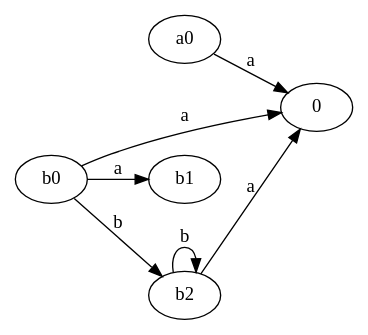
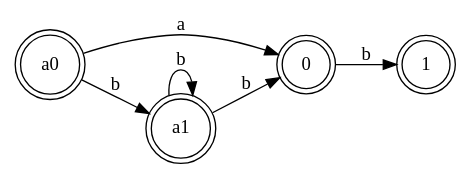
Before and after one commit to rsmith1220/Lab_B: the diagram in process.gv, drawn with Graphviz. The commit also changed 3 other files, not shown here.

```diff
--- a/process.gv
+++ b/process.gv
@@ -1,9 +1,9 @@
 digraph finite_state_machine {
 	rankdir=LR size="8,5"
+	node [shape=doublecircle]
 	a0 -> 0 [label=a]
-	b0 -> b1 [label=a]
-	b0 -> b2 [label=b]
-	b2 -> b2 [label=b]
-	b0 -> 0 [label=a]
-	b2 -> 0 [label=a]
+	0 -> 1 [label=b]
+	a0 -> a1 [label=b]
+	a1 -> a1 [label=b]
+	a1 -> 0 [label=b]
 }
```
